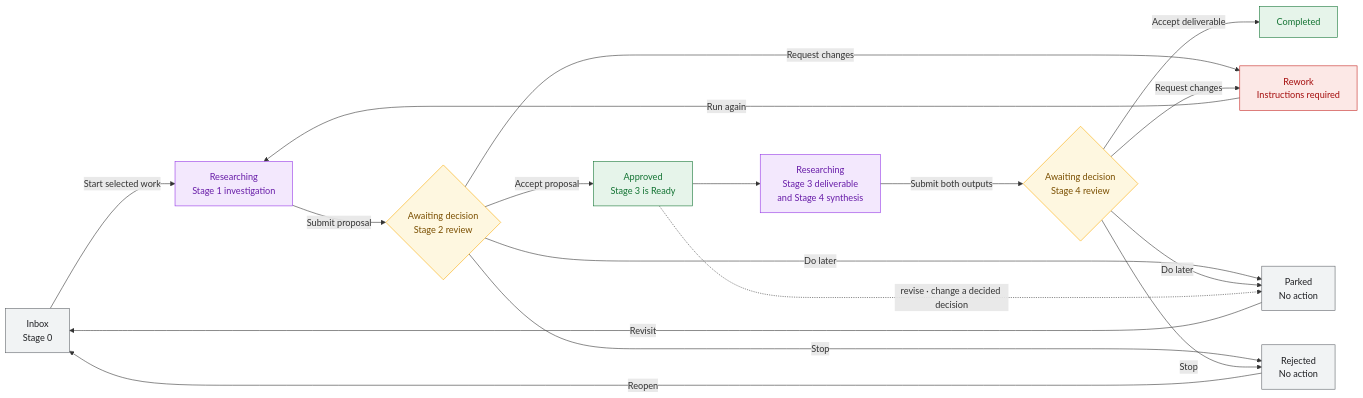
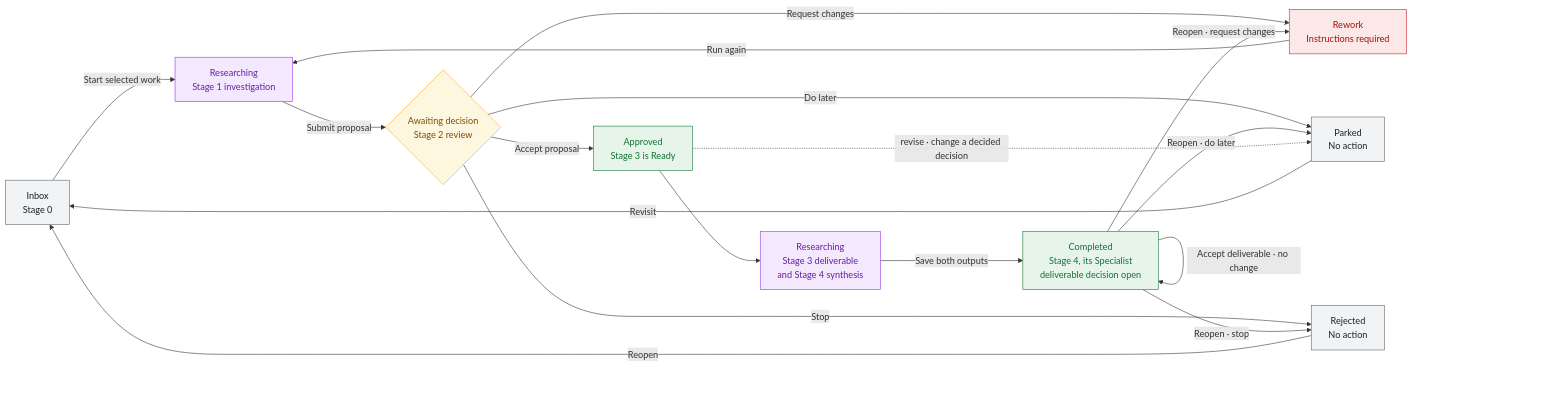
Before and after one commit to Welladino/Horology: the first of 3 diagrams in docs/architecture/subscription-agents/workflow.md, drawn with Mermaid. The commit also changed other lines of this file and 18 other files, not shown here.

First line of the commit message:
Stage 4 items end Completed, with their decision still open (HOR-14)

````diff
--- a/docs/architecture/subscription-agents/workflow.md
+++ b/docs/architecture/subscription-agents/workflow.md
@@ -22,42 +22,41 @@
 ```mermaid
 flowchart LR
   %% Exact workflow moves represented by this lifecycle and the table below:
   %% capture, start-run, submit-for-review, synthesize-stage-3, accept-stage-1,
   %% accept-stage-3, rework, park, decide-park, unpark, reject, decide-reject, reopen, revise
   %% Investigation route: Idea, Research, Direction and Plan items.
   inbox["Inbox<br/>Stage 0"]
   investigate["Researching<br/>Stage 1 investigation"]
   review1{"Awaiting decision<br/>Stage 2 review"}
   approved["Approved<br/>Stage 3 is Ready"]
   specialist["Researching<br/>Stage 3 deliverable<br/>and Stage 4 synthesis"]
-  review2{"Awaiting decision<br/>Stage 4 review"}
-  completed["Completed"]
+  completed["Completed<br/>Stage 4, its Specialist<br/>deliverable decision open"]
   rework["Rework<br/>Instructions required"]
   parked["Parked<br/>No action"]
   rejected["Rejected<br/>No action"]
 
   inbox -->|Start selected work| investigate -->|Submit proposal| review1
-  review1 -->|Accept proposal| approved --> specialist -->|Submit both outputs| review2
-  review2 -->|Accept deliverable| completed
+  review1 -->|Accept proposal| approved --> specialist -->|Save both outputs| completed
+  completed -->|Accept deliverable · no change| completed
   review1 -->|Request changes| rework
-  review2 -->|Request changes| rework
+  completed -->|Reopen · request changes| rework
   rework -->|Run again| investigate
   review1 -->|Do later| parked
-  review2 -->|Do later| parked
+  completed -->|Reopen · do later| parked
   parked -->|Revisit| inbox
   review1 -->|Stop| rejected
-  review2 -->|Stop| rejected
+  completed -->|Reopen · stop| rejected
   rejected -->|Reopen| inbox
   approved -.->|revise · change a decided decision| parked
 
   classDef waiting fill:#f1f3f4,stroke:#5f6368,color:#202124
   classDef running fill:#f3e8fd,stroke:#9334e6,color:#681da8
   classDef decision fill:#fef7e0,stroke:#f9ab00,color:#7a4f01
   classDef success fill:#e6f4ea,stroke:#137333,color:#137333
   classDef revise fill:#fce8e6,stroke:#c5221f,color:#a50e0e
   class inbox,parked,rejected waiting
   class investigate,specialist running
-  class review1,review2 decision
+  class review1 decision
   class approved,completed success
   class rework revise
 ```
````
